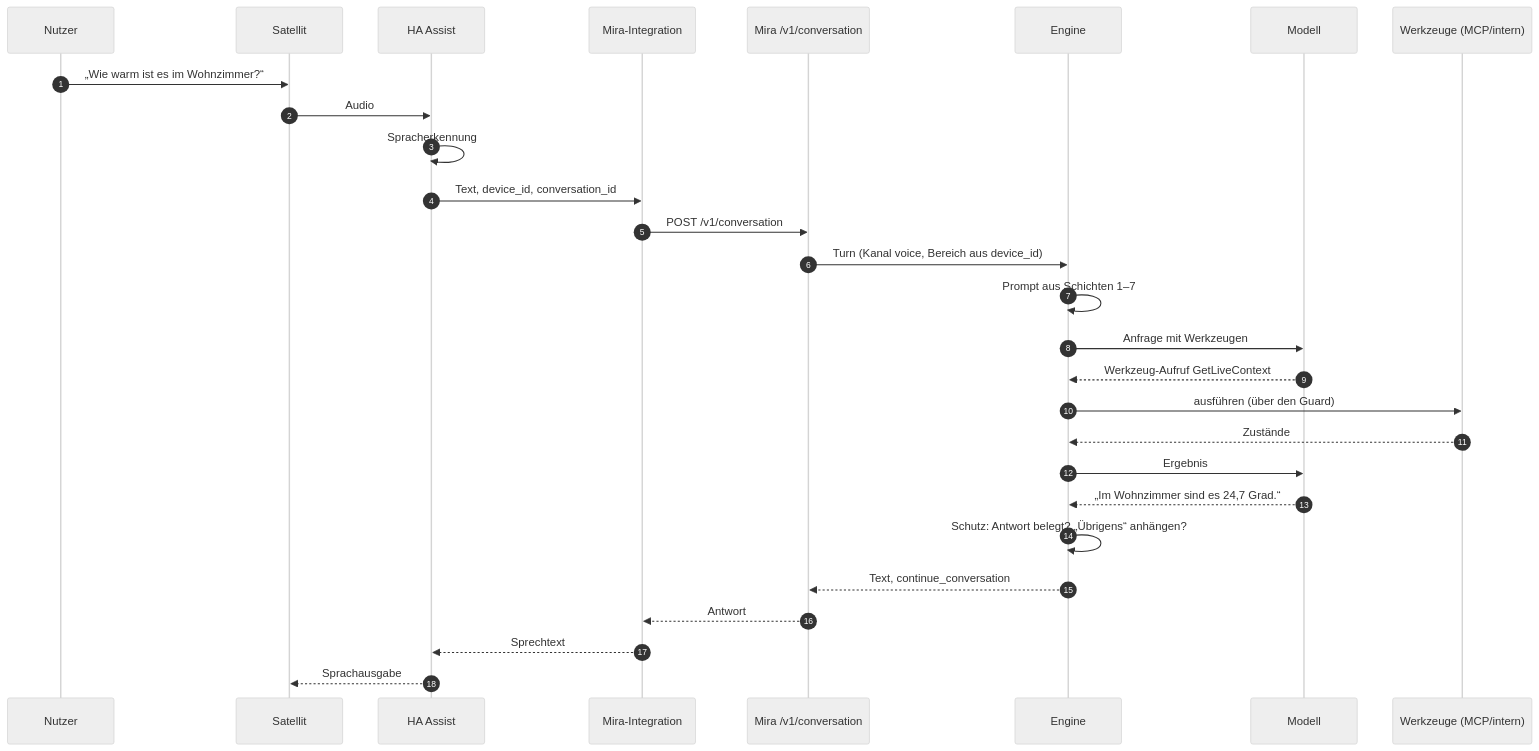
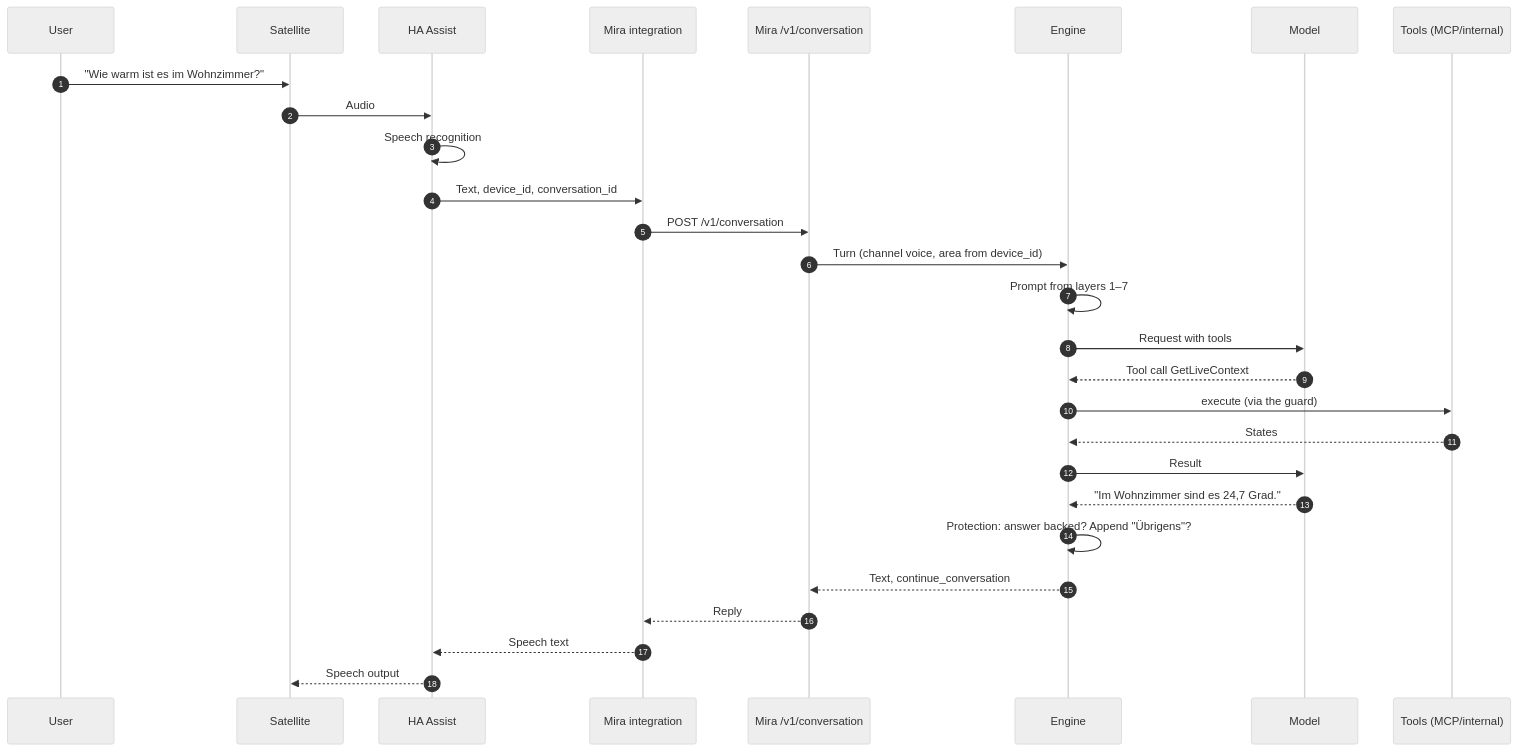
Before and after one commit to miraassist/mira: the second of 6 diagrams in docs/system.md, drawn with Mermaid (neutral theme). The commit also changed other lines of this file and 21 other files, not shown here.

````diff
--- a/docs/system.md
+++ b/docs/system.md
@@ -105,31 +105,31 @@
 ```mermaid
 sequenceDiagram
     autonumber
-    participant U as Nutzer
-    participant S as Satellit
+    participant U as User
+    participant S as Satellite
     participant HA as HA Assist
-    participant I as Mira-Integration
+    participant I as Mira integration
     participant A as Mira /v1/conversation
     participant E as Engine
-    participant M as Modell
-    participant T as Werkzeuge (MCP/intern)
+    participant M as Model
+    participant T as Tools (MCP/internal)
 
-    U->>S: „Wie warm ist es im Wohnzimmer?“
+    U->>S: "Wie warm ist es im Wohnzimmer?"
     S->>HA: Audio
-    HA->>HA: Spracherkennung
+    HA->>HA: Speech recognition
     HA->>I: Text, device_id, conversation_id
     I->>A: POST /v1/conversation
-    A->>E: Turn (Kanal voice, Bereich aus device_id)
-    E->>E: Prompt aus Schichten 1–7
-    E->>M: Anfrage mit Werkzeugen
-    M-->>E: Werkzeug-Aufruf GetLiveContext
-    E->>T: ausführen (über den Guard)
-    T-->>E: Zustände
-    E->>M: Ergebnis
-    M-->>E: „Im Wohnzimmer sind es 24,7 Grad.“
-    E->>E: Schutz: Antwort belegt? „Übrigens“ anhängen?
+    A->>E: Turn (channel voice, area from device_id)
+    E->>E: Prompt from layers 1–7
+    E->>M: Request with tools
+    M-->>E: Tool call GetLiveContext
+    E->>T: execute (via the guard)
+    T-->>E: States
+    E->>M: Result
+    M-->>E: "Im Wohnzimmer sind es 24,7 Grad."
+    E->>E: Protection: answer backed? Append "Übrigens"?
     E-->>A: Text, continue_conversation
-    A-->>I: Antwort
-    I-->>HA: Sprechtext
-    HA-->>S: Sprachausgabe
+    A-->>I: Reply
+    I-->>HA: Speech text
+    HA-->>S: Speech output
 ```
````
